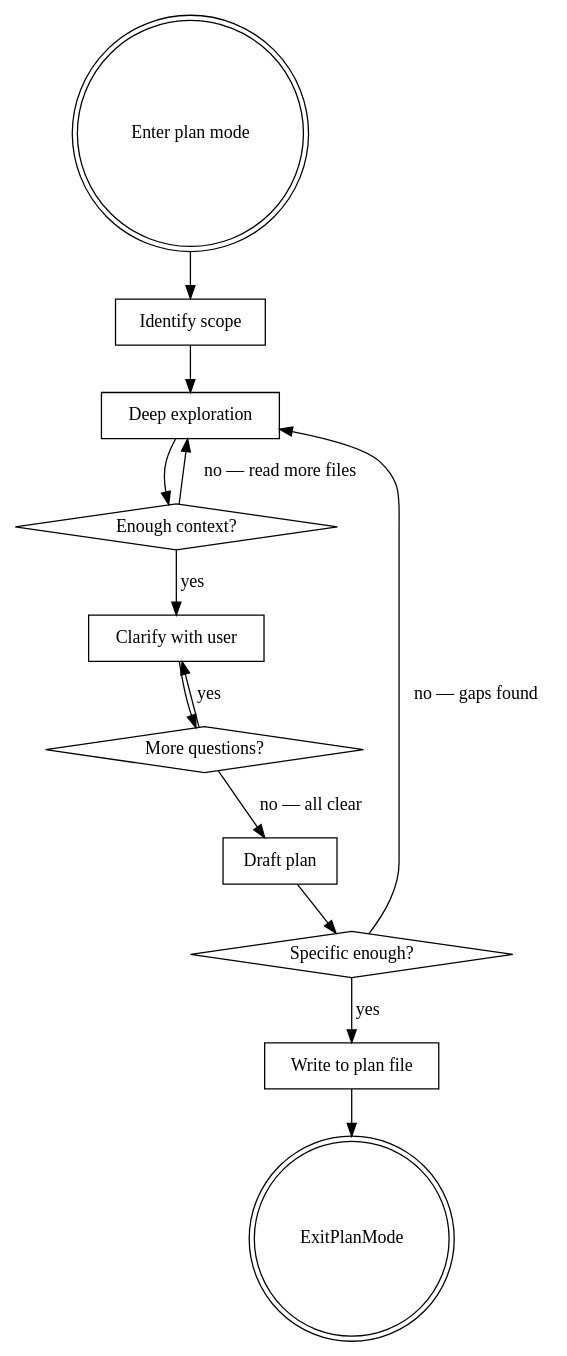
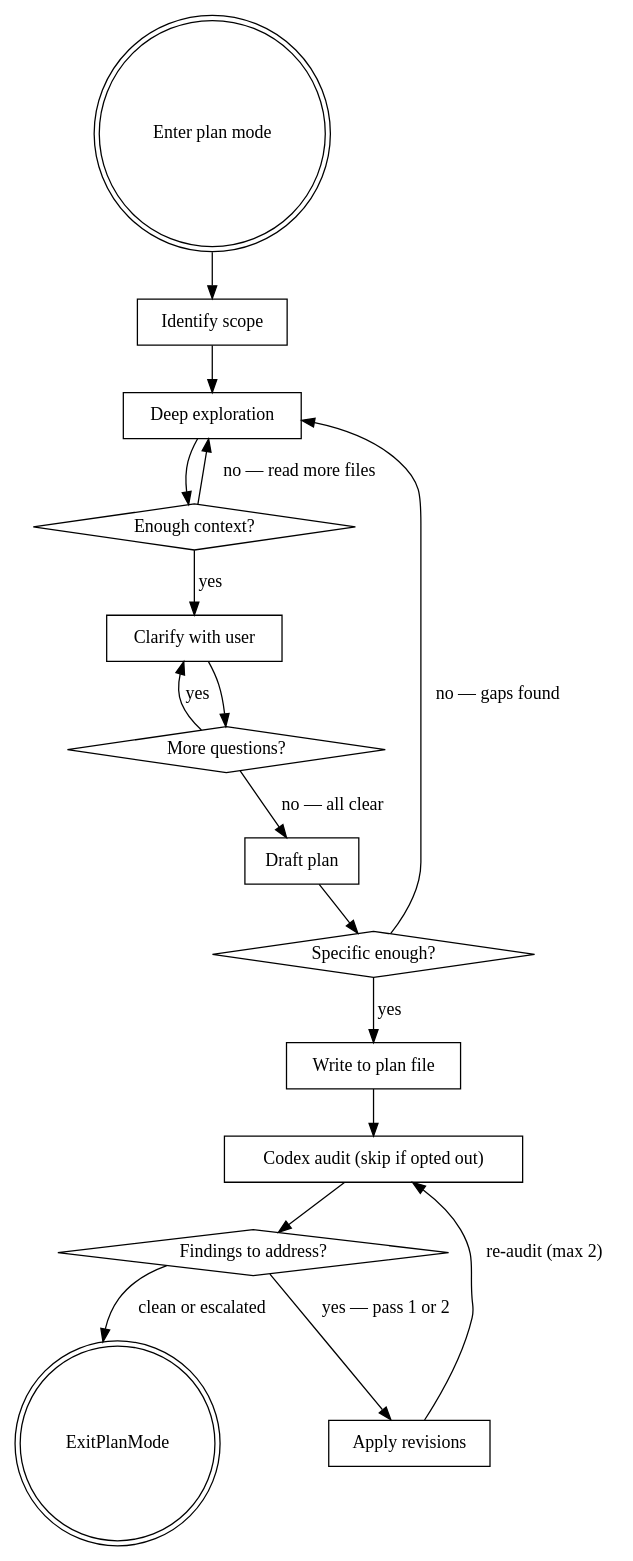
The diagram in dot_claude/skills/plan-mode-plans/SKILL.md (alexwu/dotfiles), drawn with Graphviz before and after one commit. The commit also changed other lines of this file and 11 other files, not shown here.

First line of the commit message:
refactor(claude-skills): Collapse plan-mode-plans variants into one router skill

````diff
--- a/dot_claude/skills/plan-mode-plans/SKILL.md
+++ b/dot_claude/skills/plan-mode-plans/SKILL.md
@@ -16,27 +34,34 @@
 ```dot
 digraph plan_mode {
     "Enter plan mode" [shape=doublecircle];
     "Identify scope" [shape=box];
     "Deep exploration" [shape=box];
     "Enough context?" [shape=diamond];
     "Clarify with user" [shape=box];
     "More questions?" [shape=diamond];
     "Draft plan" [shape=box];
     "Specific enough?" [shape=diamond];
     "Write to plan file" [shape=box];
+    "Codex audit (skip if opted out)" [shape=box];
+    "Findings to address?" [shape=diamond];
+    "Apply revisions" [shape=box];
     "ExitPlanMode" [shape=doublecircle];
 
     "Enter plan mode" -> "Identify scope";
     "Identify scope" -> "Deep exploration";
     "Deep exploration" -> "Enough context?";
     "Enough context?" -> "Deep exploration" [label="no — read more files"];
     "Enough context?" -> "Clarify with user" [label="yes"];
     "Clarify with user" -> "More questions?";
     "More questions?" -> "Clarify with user" [label="yes"];
     "More questions?" -> "Draft plan" [label="no — all clear"];
     "Draft plan" -> "Specific enough?";
     "Specific enough?" -> "Deep exploration" [label="no — gaps found"];
     "Specific enough?" -> "Write to plan file" [label="yes"];
-    "Write to plan file" -> "ExitPlanMode";
+    "Write to plan file" -> "Codex audit (skip if opted out)";
+    "Codex audit (skip if opted out)" -> "Findings to address?";
+    "Findings to address?" -> "Apply revisions" [label="yes — pass 1 or 2"];
+    "Apply revisions" -> "Codex audit (skip if opted out)" [label="re-audit (max 2)"];
+    "Findings to address?" -> "ExitPlanMode" [label="clean or escalated"];
 }
 ```
````
